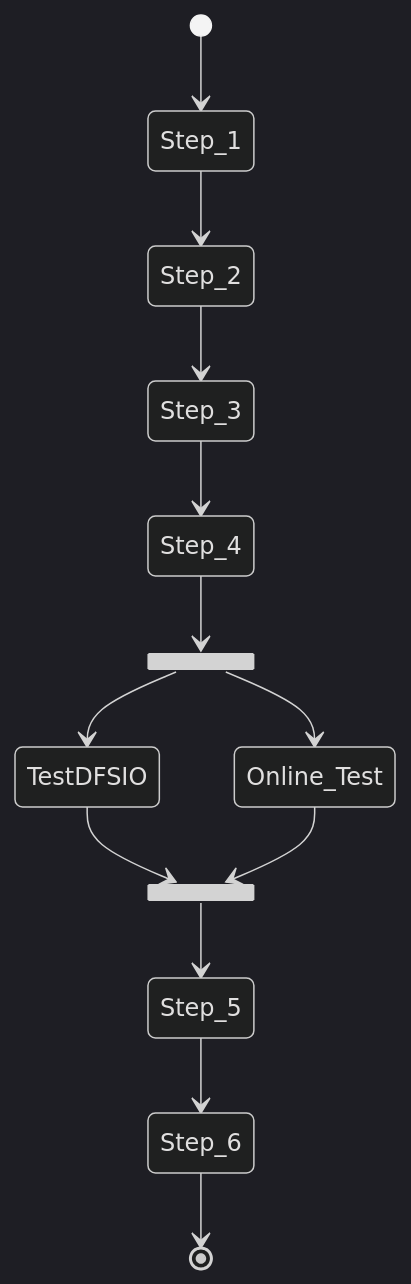
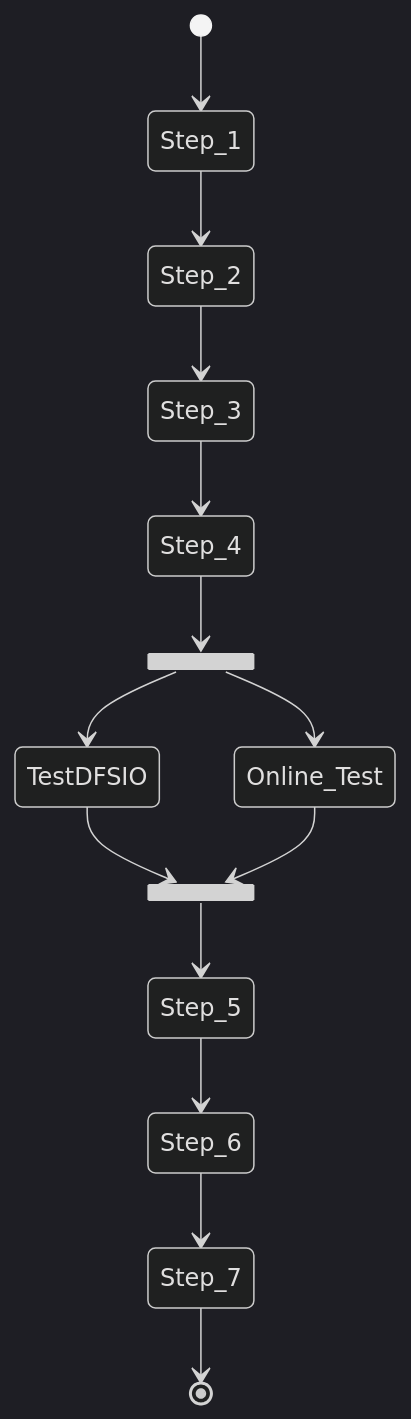
Before and after one commit to MaistoV/BSpenaHPQC: the diagram in doc/Script.md, drawn with Mermaid (dark theme). The commit also changed other lines of this file and 4 other files, not shown here.

````diff
--- a/doc/Script.md
+++ b/doc/Script.md
@@ -13,18 +13,19 @@
 ```mermaid
 stateDiagram-v2
     state fork_state <<fork>>
         [*] --> Step_1
         Step_1 --> Step_2
         Step_2 --> Step_3
         Step_3 --> Step_4
         Step_4 --> fork_state
         fork_state --> TestDFSIO
         fork_state --> Online_Test
 
         state join_state <<join>>
         TestDFSIO --> join_state
         Online_Test --> join_state
         join_state --> Step_5
         Step_5 --> Step_6
-        Step_6 --> [*]
+        Step_6 --> Step_7
+        Step_7 --> [*]
 ```
````
